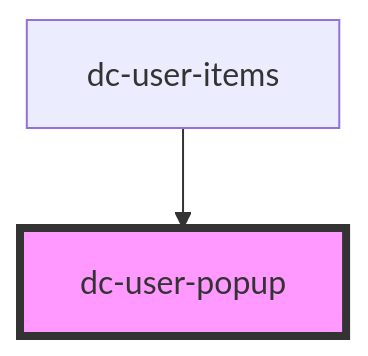
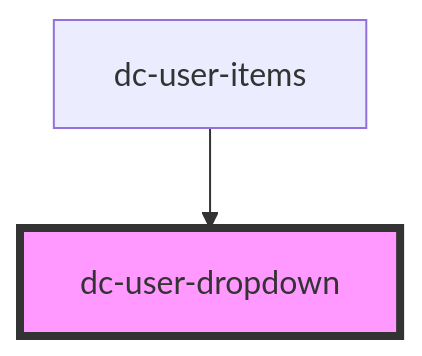
The diagram in packages/header-component/src/components/dc-header/readme.md (debtcollective/packages), drawn with Mermaid before and after one commit. The commit also changed 4 other files, not shown here.

Commit message:
refactor(header): user-popup to be user-dropdown instead

````diff
--- a/packages/header-component/src/components/dc-header/readme.md
+++ b/packages/header-component/src/components/dc-header/readme.md
@@ -21,5 +21,5 @@
 ```mermaid
 graph TD;
-  dc-user-items --> dc-user-popup
-  style dc-user-popup fill:#f9f,stroke:#333,stroke-width:4px
+  dc-user-items --> dc-user-dropdown
+  style dc-user-dropdown fill:#f9f,stroke:#333,stroke-width:4px
 ```
````
